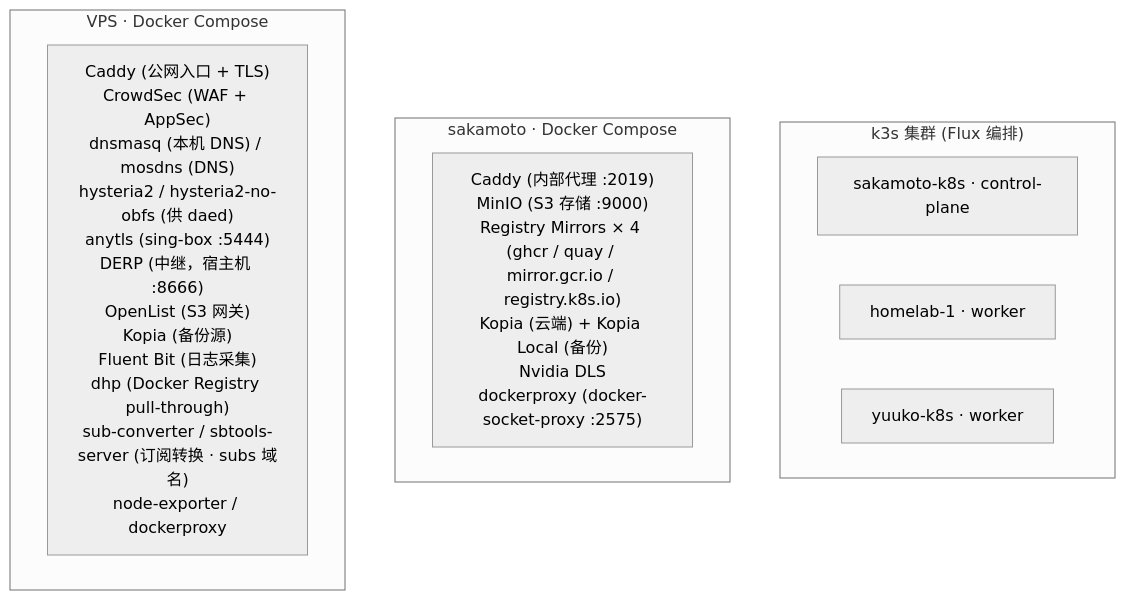
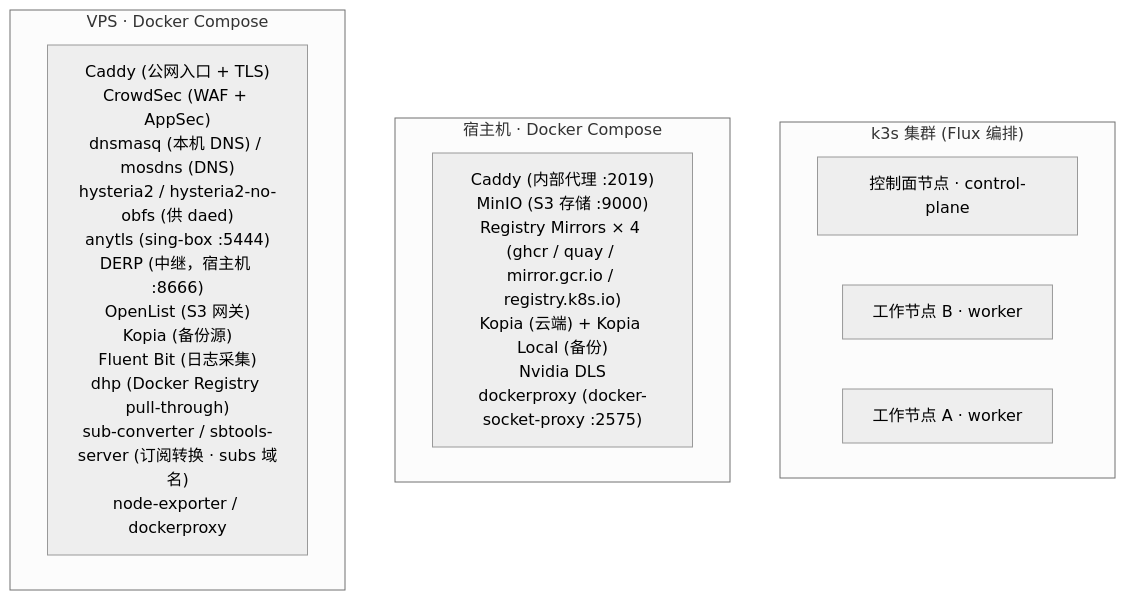
Before and after one commit to shelken/home-ops: the third of 9 diagrams in docs/ARCHITECTURE.md, drawn with Mermaid (neutral theme). The commit also changed other lines of this file and 1 other file, not shown here.

First line of the commit message:
docs(architecture): 统一集群全景架构动态图与文档并完成脱敏

````diff
--- a/docs/ARCHITECTURE.md
+++ b/docs/ARCHITECTURE.md
@@ -118,32 +118,32 @@
 ```mermaid
 graph TB
     subgraph K3S["k3s 集群 (Flux 编排)"]
-        NODE_SAKA["sakamoto-k8s · control-plane"]
-        NODE_H1["homelab-1 · worker"]
-        NODE_YUUKO["yuuko-k8s · worker"]
+        NODE_SAKA["控制面节点 · control-plane"]
+        NODE_H1["工作节点 B · worker"]
+        NODE_YUUKO["工作节点 A · worker"]
     end
 
-    subgraph COMPOSE_SAKA["sakamoto · Docker Compose"]
+    subgraph COMPOSE_SAKA["宿主机 · Docker Compose"]
         CD_SAKA["Caddy (内部代理 :2019)
 MinIO (S3 存储 :9000)
 Registry Mirrors × 4 (ghcr / quay / mirror.gcr.io / registry.k8s.io)
 Kopia (云端) + Kopia Local (备份)
 Nvidia DLS
 dockerproxy (docker-socket-proxy :2575)"]
     end
 
     subgraph COMPOSE_VPS["VPS · Docker Compose"]
         CD_VPS["Caddy (公网入口 + TLS)
 CrowdSec (WAF + AppSec)
 dnsmasq (本机 DNS) / mosdns (DNS)
 hysteria2 / hysteria2-no-obfs (供 daed)
 anytls (sing-box :5444)
 DERP (中继，宿主机 :8666)
 OpenList (S3 网关)
 Kopia (备份源)
 Fluent Bit (日志采集)
 dhp (Docker Registry pull-through)
 sub-converter / sbtools-server (订阅转换 · subs 域名)
 node-exporter / dockerproxy"]
     end
 ```
````
